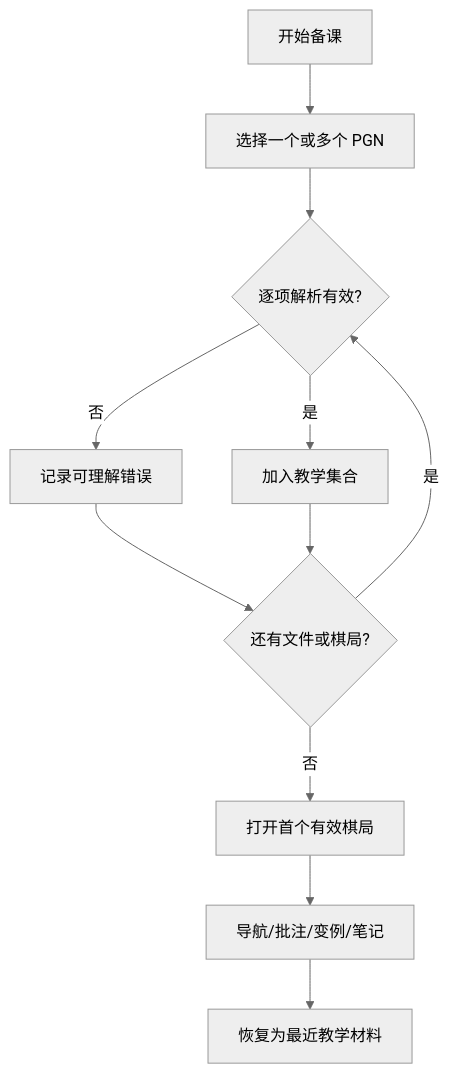
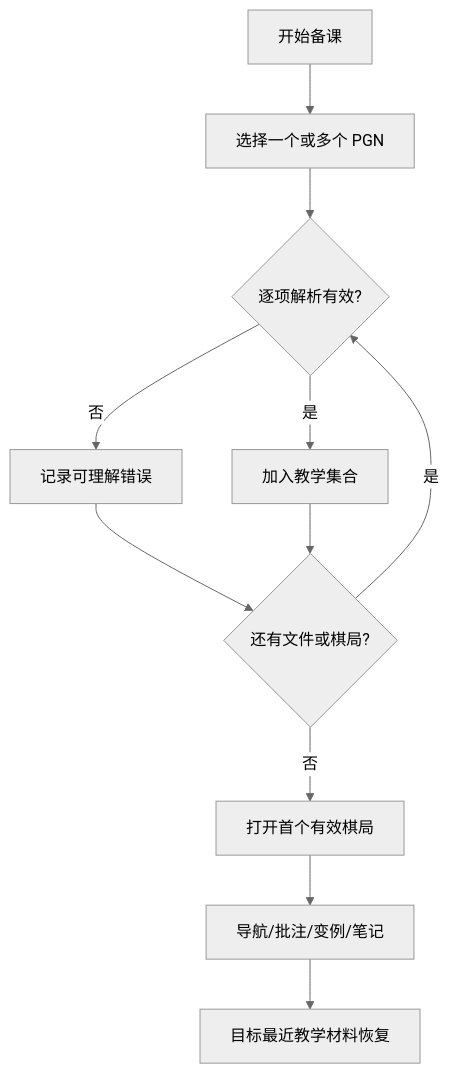
Before and after one commit to ichichuang/chess-pgnviewet-vue: the second of 9 diagrams in docs/product/PRODUCT_DESIGN_BLUEPRINT.zh-CN.md, drawn with Mermaid (neutral theme). The commit also changed other lines of this file and 19 other files, not shown here.

````diff
--- a/docs/product/PRODUCT_DESIGN_BLUEPRINT.zh-CN.md
+++ b/docs/product/PRODUCT_DESIGN_BLUEPRINT.zh-CN.md
@@ -119,13 +119,13 @@
 ```mermaid
 flowchart TD
   S[开始备课] --> I[选择一个或多个 PGN]
   I --> V{逐项解析有效?}
   V -->|是| M[加入教学集合]
   V -->|否| E[记录可理解错误]
   E --> N{还有文件或棋局?}
   M --> N
   N -->|是| V
   N -->|否| O[打开首个有效棋局]
   O --> T[导航/批注/变例/笔记]
-  T --> R[恢复为最近教学材料]
+  T --> R[目标最近教学材料恢复]
 ```
````
